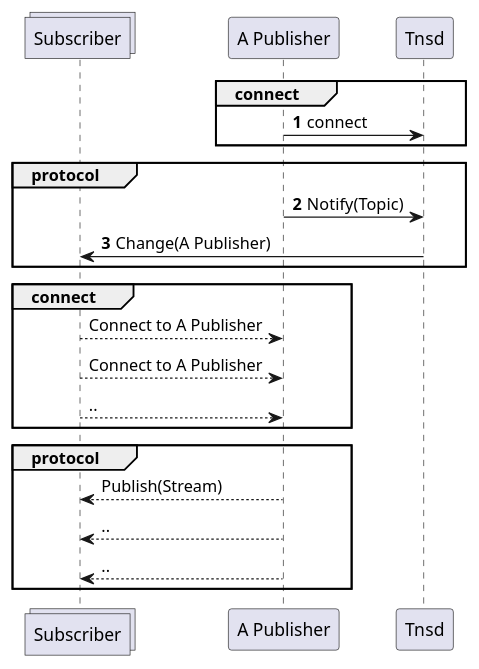
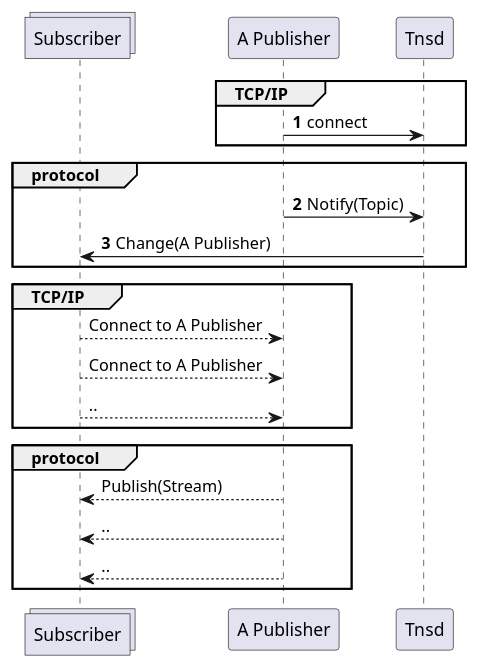
Before and after one commit to dooripapa/doori-project: the diagram in doori-uml/Publisher flow.puml, drawn with PlantUML. The commit also changed 24 other files, not shown here.

```diff
--- a/doori-uml/Publisher flow.puml
+++ b/doori-uml/Publisher flow.puml
@@ -1,29 +1,29 @@
 @startuml
 'https://plantuml.com/sequence-diagram
 
 collections Subscriber as Subscriber
 
 autonumber
-group connect
+group TCP/IP
     "A Publisher" -> Tnsd : connect
 end
 group protocol
     "A Publisher" -> Tnsd : Notify(Topic)
     Tnsd -> Subscriber : Change(A Publisher)
 end
 
 autonumber stop
-group connect
+group TCP/IP
     "A Publisher" <-- Subscriber : Connect to A Publisher
     "A Publisher" <-- Subscriber : Connect to A Publisher
     "A Publisher" <-- Subscriber : ..
 end
 
 autonumber stop
 group protocol
     Subscriber <-- "A Publisher" : Publish(Stream)
     Subscriber <-- "A Publisher" : ..
     Subscriber <-- "A Publisher" : ..
 end
 
 @enduml
```
